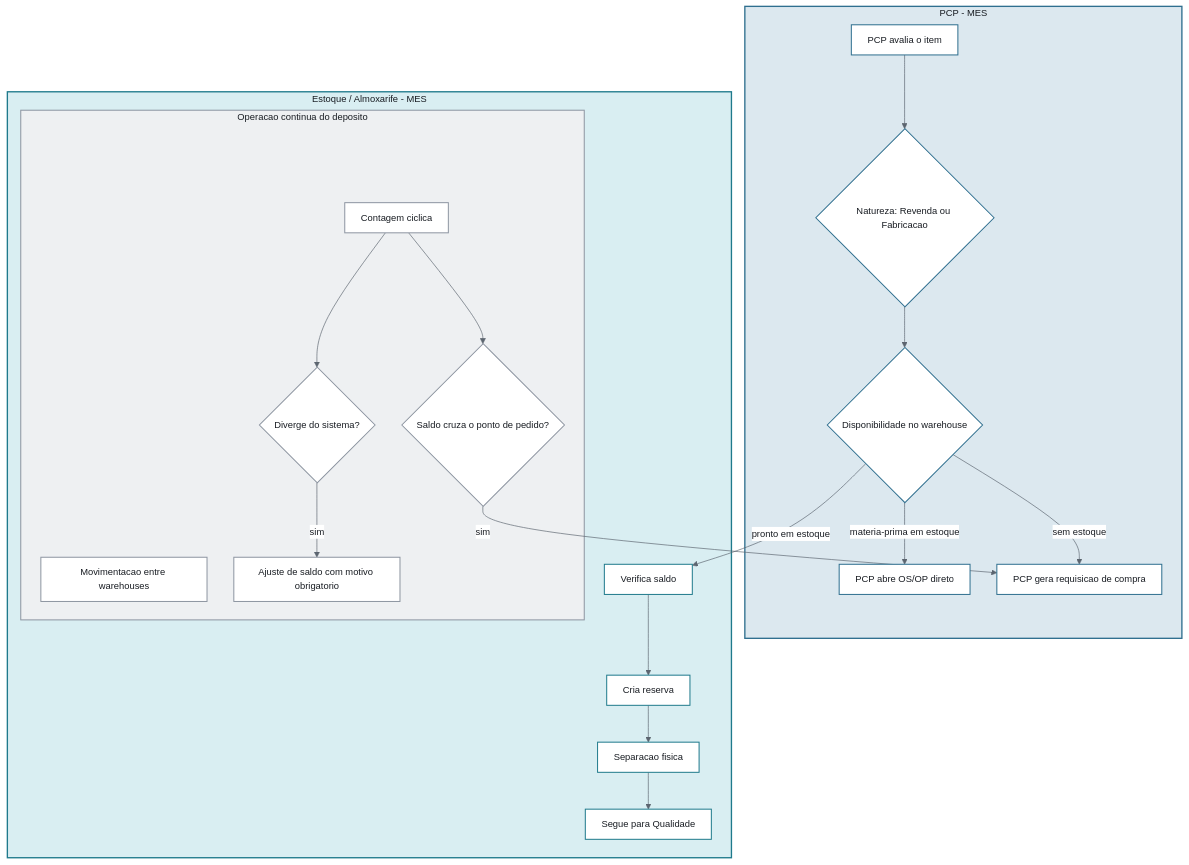
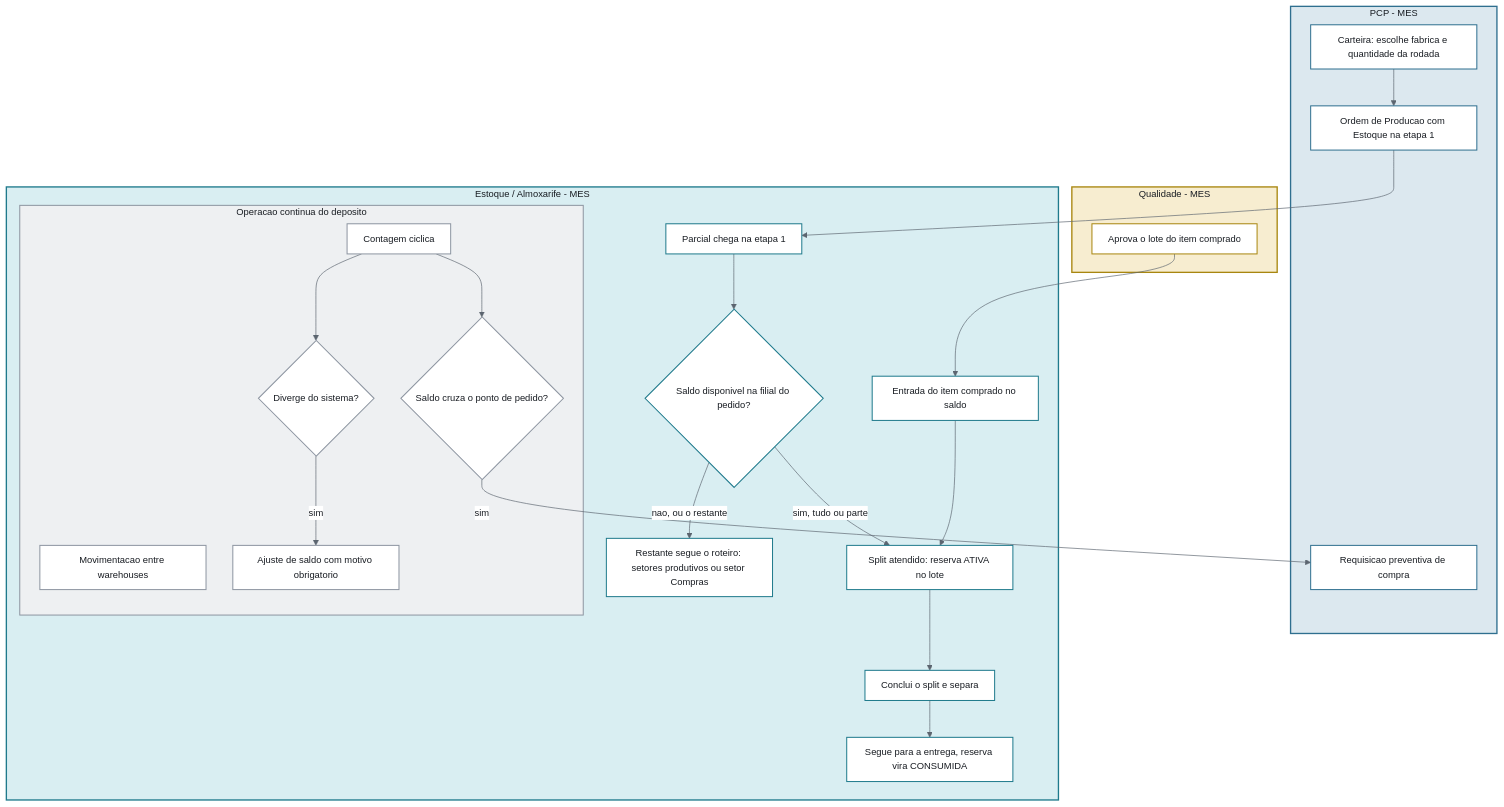
The sixth of 6 diagrams in 01-Fluxo-Operacional/Fluxogramas-Completos.md (Acosvital/vault-avhub-mer), drawn with Mermaid before and after one commit. The commit also changed other lines of this file and 36 other files, not shown here.

First line of the commit message:
Encaixe do Estoque e da Revenda no fluxo do PCP (MES)

````diff
--- a/01-Fluxo-Operacional/Fluxogramas-Completos.md
+++ b/01-Fluxo-Operacional/Fluxogramas-Completos.md
@@ -446,52 +496,62 @@
 ```mermaid
 %%{init: {'theme': 'base', 'themeVariables': {'primaryColor': '#ffffff', 'primaryTextColor': '#181c22', 'primaryBorderColor': '#33475a', 'lineColor': '#5c6570', 'fontFamily': 'Source Sans 3, sans-serif', 'fontSize': '14px', 'edgeLabelBackground': '#ffffff', 'textColor': '#181c22'}, 'flowchart': {'nodeSpacing': 40, 'rankSpacing': 55, 'padding': 12}}}%%
 flowchart TD
     subgraph SEC_PCP[PCP - MES]
-        A[PCP avalia o item]
-        B{Natureza: Revenda ou Fabricacao}
-        C{Disponibilidade no warehouse}
-        H[PCP abre OS/OP direto]
-        I[PCP gera requisicao de compra]
-        A --> B --> C
+        A[Carteira: escolhe fabrica e quantidade da rodada]
+        B[Ordem de Producao com Estoque na etapa 1]
+        I[Requisicao preventiva de compra]
+        A --> B
+    end
+
+    subgraph SEC_QUAL[Qualidade - MES]
+        Q[Aprova o lote do item comprado]
     end
 
     subgraph SEC_ESTOQUE[Estoque / Almoxarife - MES]
-        D[Verifica saldo]
-        E[Cria reserva]
-        F[Separacao fisica]
-        G[Segue para Qualidade]
-        D --> E --> F --> G
+        D[Parcial chega na etapa 1]
+        C{Saldo disponivel na filial do pedido?}
+        E[Split atendido: reserva ATIVA no lote]
+        F[Conclui o split e separa]
+        G[Restante segue o roteiro: setores produtivos ou setor Compras]
+        P[Entrada do item comprado no saldo]
+        X[Segue para a entrega, reserva vira CONSUMIDA]
+        D --> C
+        C -->|sim, tudo ou parte| E --> F --> X
+        C -->|nao, ou o restante| G
+        P --> E
 
         subgraph OPERACAO[Operacao continua do deposito]
             J[Movimentacao entre warehouses]
             K[Contagem ciclica]
             K --> L{Diverge do sistema?}
             L -->|sim| M[Ajuste de saldo com motivo obrigatorio]
             K --> N{Saldo cruza o ponto de pedido?}
         end
     end
 
-    C -->|pronto em estoque| D
-    C -->|materia-prima em estoque| H
-    C -->|sem estoque| I
+    B --> D
+    Q --> P
     N -->|sim| I
 
     style SEC_PCP fill:#dce8ef,stroke:#2f6f8f,stroke-width:2px,color:#181c22
+    style SEC_QUAL fill:#f7edd0,stroke:#a8860f,stroke-width:2px,color:#181c22
     style SEC_ESTOQUE fill:#d9eef2,stroke:#1f7a8c,stroke-width:2px,color:#181c22
     style OPERACAO fill:#eef0f2,stroke:#8d95a1,stroke-width:1.5px,color:#181c22
 
     style A fill:#ffffff,stroke:#2f6f8f,stroke-width:1.5px,color:#181c22
     style B fill:#ffffff,stroke:#2f6f8f,stroke-width:1.5px,color:#181c22
-    style C fill:#ffffff,stroke:#2f6f8f,stroke-width:1.5px,color:#181c22
-    style H fill:#ffffff,stroke:#2f6f8f,stroke-width:1.5px,color:#181c22
     style I fill:#ffffff,stroke:#2f6f8f,stroke-width:1.5px,color:#181c22
+    style Q fill:#ffffff,stroke:#a8860f,stroke-width:1.5px,color:#181c22
     style D fill:#ffffff,stroke:#1f7a8c,stroke-width:1.5px,color:#181c22
+    style C fill:#ffffff,stroke:#1f7a8c,stroke-width:1.5px,color:#181c22
     style E fill:#ffffff,stroke:#1f7a8c,stroke-width:1.5px,color:#181c22
     style F fill:#ffffff,stroke:#1f7a8c,stroke-width:1.5px,color:#181c22
     style G fill:#ffffff,stroke:#1f7a8c,stroke-width:1.5px,color:#181c22
+    style P fill:#ffffff,stroke:#1f7a8c,stroke-width:1.5px,color:#181c22
+    style X fill:#ffffff,stroke:#1f7a8c,stroke-width:1.5px,color:#181c22
     style J fill:#ffffff,stroke:#8d95a1,stroke-width:1.5px,color:#181c22
     style K fill:#ffffff,stroke:#8d95a1,stroke-width:1.5px,color:#181c22
     style L fill:#ffffff,stroke:#8d95a1,stroke-width:1.5px,color:#181c22
     style M fill:#ffffff,stroke:#8d95a1,stroke-width:1.5px,color:#181c22
     style N fill:#ffffff,stroke:#8d95a1,stroke-width:1.5px,color:#181c22
 ```
````
